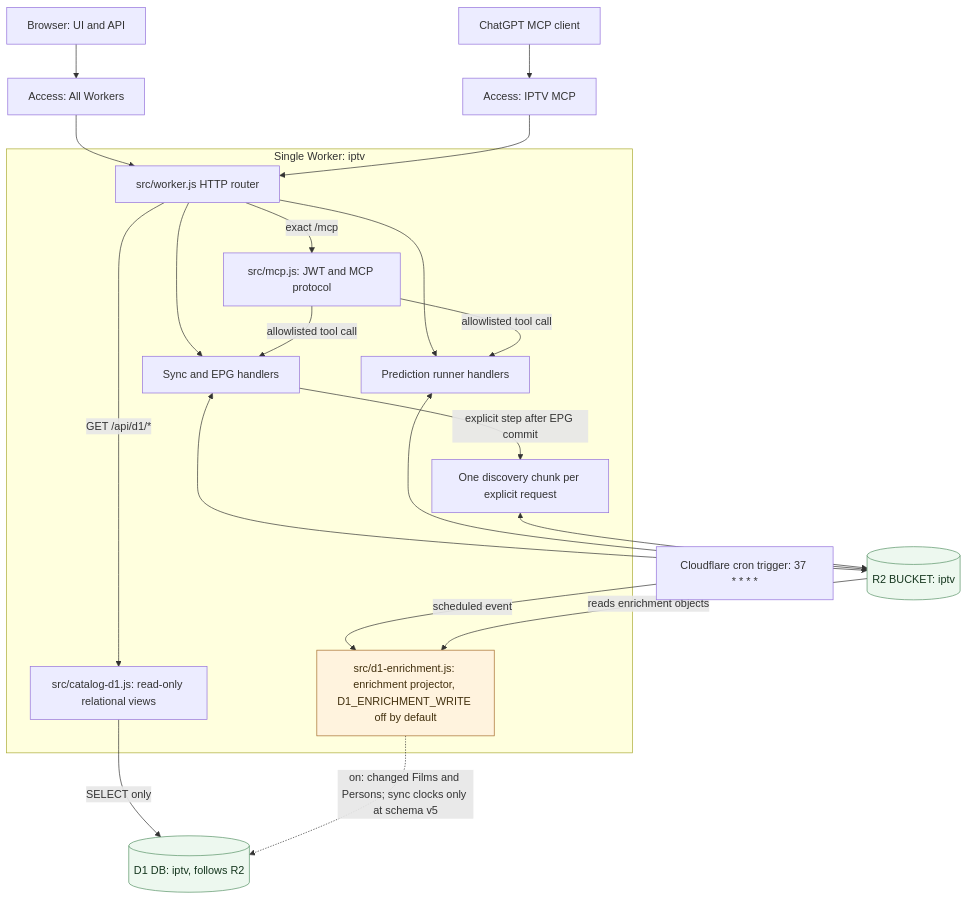
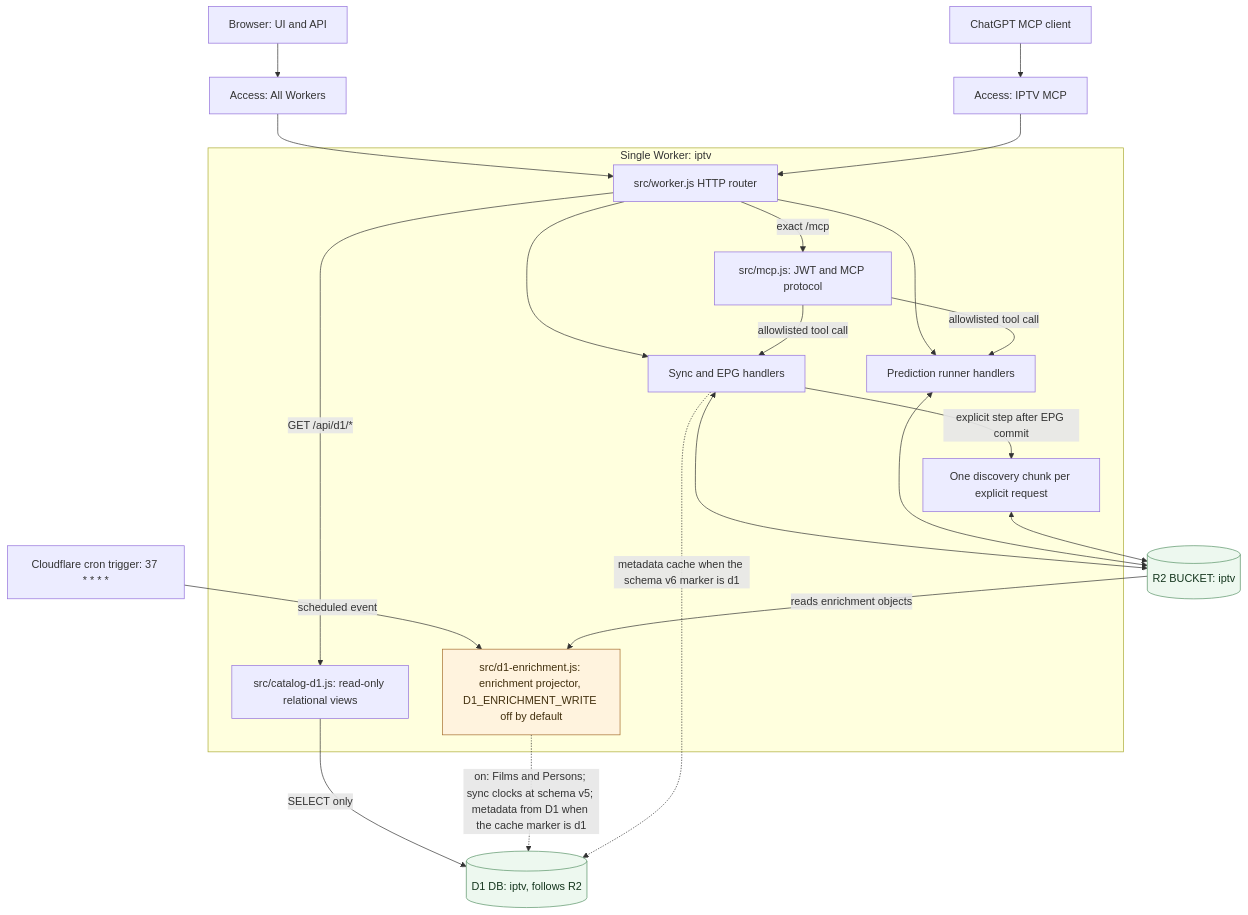
One commit to vladimino/iptv-watchlist changed the diagram in docs/architecture/runtime-topology.md. Above: the diagram before and after it, drawn with Mermaid. The commit also changed other lines of this file and 30 other files, not shown here.

First line of the commit message:
Store the metadata cache in D1 behind an r2 marker.

````diff
--- a/docs/architecture/runtime-topology.md
+++ b/docs/architecture/runtime-topology.md
@@ -5,39 +5,40 @@
 ```mermaid
 flowchart TB
     web["Browser: UI and API"]
     mcpClient["ChatGPT MCP client"]
     webAccess["Access: All Workers"]
     mcpAccess["Access: IPTV MCP"]
     cron["Cloudflare cron trigger: 37 * * * *"]
     subgraph worker["Single Worker: iptv"]
         route["src/worker.js HTTP router"]
         mcp["src/mcp.js: JWT and MCP protocol"]
         sync["Sync and EPG handlers"]
         prediction["Prediction runner handlers"]
         discovery["One discovery chunk per explicit request"]
         catalogD1["src/catalog-d1.js: read-only relational views"]
         projector["src/d1-enrichment.js: enrichment projector, D1_ENRICHMENT_WRITE off by default"]
         route --> sync
         route -->|GET /api/d1/*| catalogD1
         route --> prediction
         route -->|exact /mcp| mcp
         mcp -->|allowlisted tool call| sync
         mcp -->|allowlisted tool call| prediction
         sync -->|explicit step after EPG commit| discovery
     end
     store[("R2 BUCKET: iptv")]
     d1[("D1 DB: iptv, follows R2")]
     web --> webAccess --> route
     mcpClient --> mcpAccess --> route
     sync <--> store
     prediction <--> store
     discovery <--> store
     catalogD1 -->|SELECT only| d1
     cron -->|scheduled event| projector
     store -->|reads enrichment objects| projector
-    projector -.->|on: changed Films and Persons; sync clocks only at schema v5| d1
+    projector -.->|on: Films and Persons; sync clocks at schema v5; metadata from D1 when the cache marker is d1| d1
+    sync -.->|metadata cache when the schema v6 marker is d1| d1
     classDef current fill:#edf8ef,stroke:#579266,color:#15361e
     classDef gated fill:#fff3de,stroke:#a56c2b,color:#42300e
     class store,d1 current
     class projector gated
 ```
````
